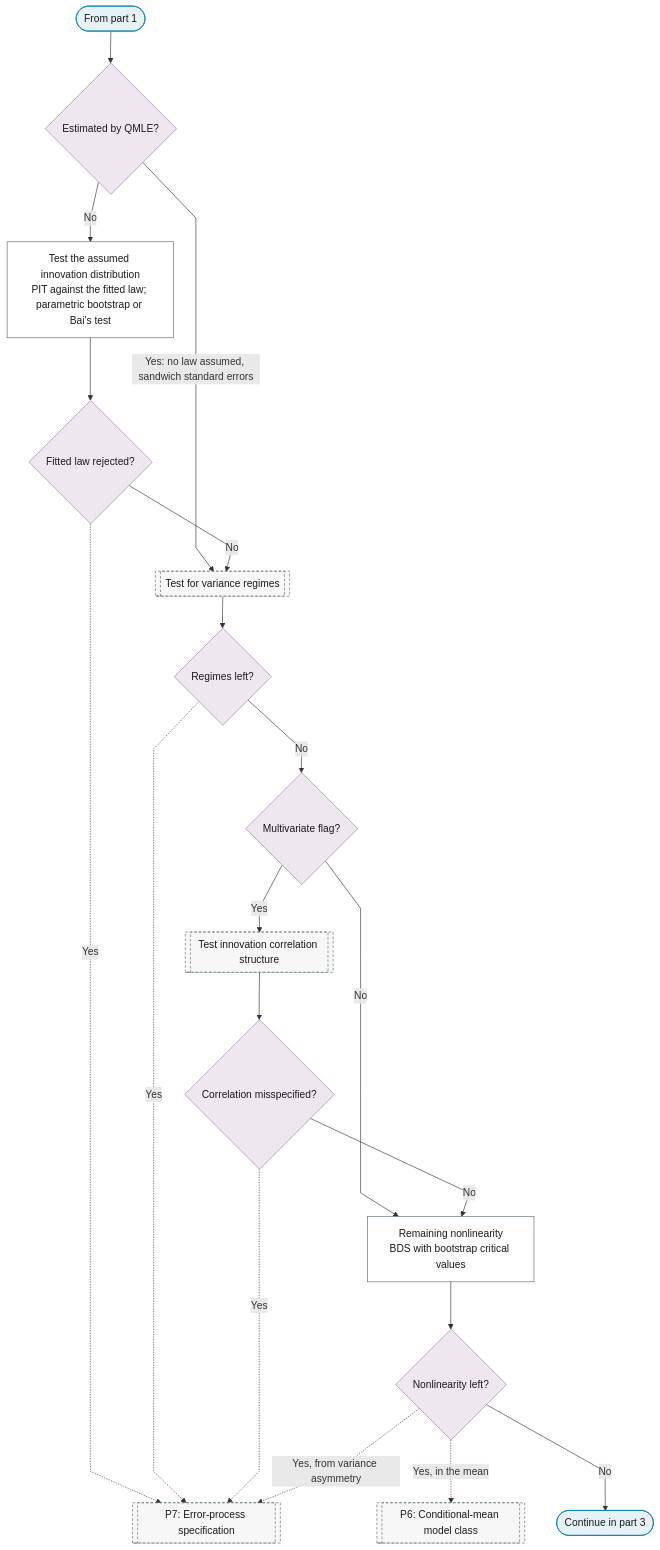
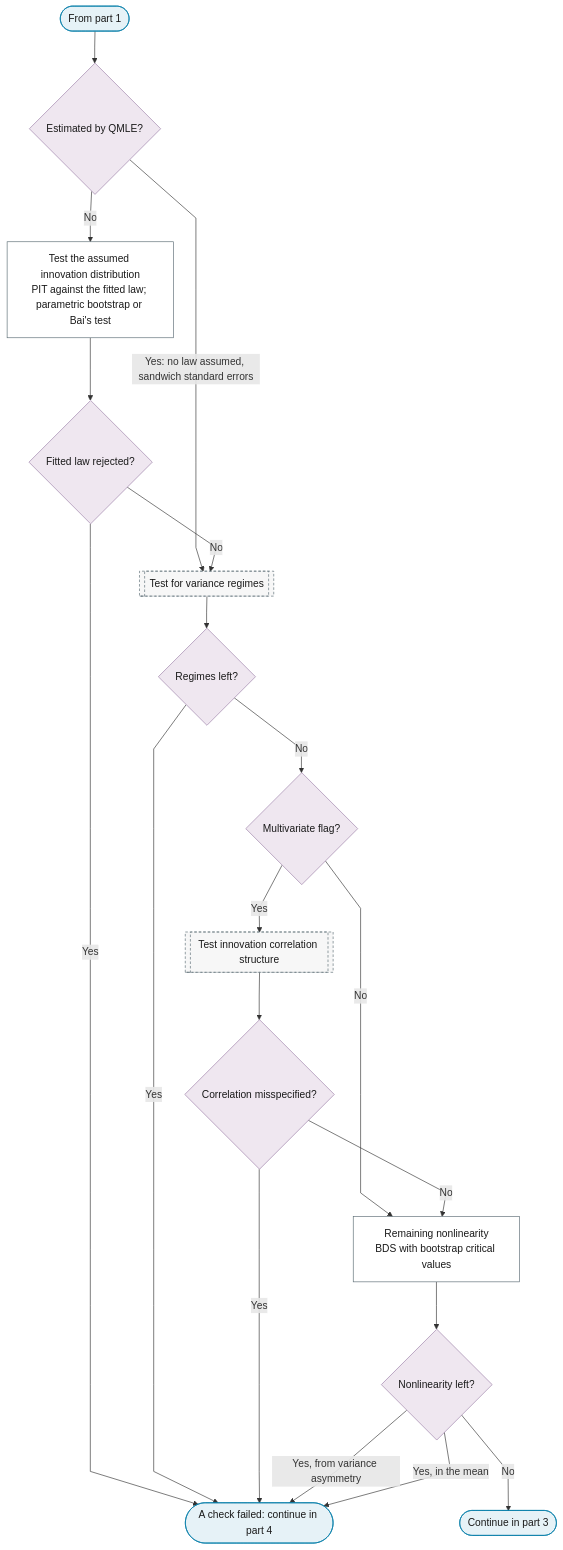
One commit to Shuxin-Y/time-series-analysis-manual changed the second of 4 diagrams in docs/01-workflow/p09-in-sample-diagnostics.md. Above: the diagram before and after it, drawn with Mermaid. The commit also changed other lines of this file and 5 other files, not shown here.

````diff
--- a/docs/01-workflow/p09-in-sample-diagnostics.md
+++ b/docs/01-workflow/p09-in-sample-diagnostics.md
@@ -52,34 +52,34 @@
 ```mermaid
 %%{init: {"flowchart": {"curve": "linear"}}}%%
 graph TD
     P9_PART_2_IN(["From part 1"]) --> P9_QMLE_Q{"Estimated by QMLE?"}
     P9_QMLE_Q -->|"Yes: no law assumed, sandwich standard errors"| P7_REGIME_TESTS
     P9_QMLE_Q -->|"No"| P9_DIST_FIT["Test the assumed innovation distribution<br/>PIT against the fitted law; parametric bootstrap or Bai's test"]
     P9_DIST_FIT --> P9_DIST{"Fitted law rejected?"}
-    P9_DIST -.->|"Yes"| P7[["P7: Error-process specification"]]
+    P9_DIST -->|"Yes"| P9_PART_2_FAIL(["A check failed: continue in part 4"])
     P9_DIST -->|"No"| P7_REGIME_TESTS[["Test for variance regimes"]]
     P7_REGIME_TESTS --> P9_REGIME{"Regimes left?"}
-    P9_REGIME -.->|"Yes"| P7
+    P9_REGIME -->|"Yes"| P9_PART_2_FAIL
     P9_REGIME -->|"No"| P9_MULTI{"Multivariate flag?"}
     P9_MULTI -->|"Yes"| P7_CORR_TESTS[["Test innovation correlation structure"]]
     P9_MULTI -->|"No"| P9_RESIDUAL_NONLINEARITY
     P7_CORR_TESTS --> P9_CORR{"Correlation misspecified?"}
-    P9_CORR -.->|"Yes"| P7
+    P9_CORR -->|"Yes"| P9_PART_2_FAIL
     P9_CORR -->|"No"| P9_RESIDUAL_NONLINEARITY["Remaining nonlinearity<br/>BDS with bootstrap critical values"]
     P9_RESIDUAL_NONLINEARITY --> P9_NONLINEAR{"Nonlinearity left?"}
-    P9_NONLINEAR -.->|"Yes, from variance asymmetry"| P7
-    P9_NONLINEAR -.->|"Yes, in the mean"| P6[["P6: Conditional-mean model class"]]
+    P9_NONLINEAR -->|"Yes, from variance asymmetry"| P9_PART_2_FAIL
+    P9_NONLINEAR -->|"Yes, in the mean"| P9_PART_2_FAIL
     P9_NONLINEAR -->|"No"| P9_TO_PART_3(["Continue in part 3"])
-    class P9_PART_2_IN,P9_TO_PART_3 terminator
+    class P9_PART_2_IN,P9_TO_PART_3,P9_PART_2_FAIL terminator
     class P9_QMLE_Q,P9_DIST,P9_REGIME,P9_MULTI,P9_CORR,P9_NONLINEAR decision
     class P9_DIST_FIT,P9_RESIDUAL_NONLINEARITY process
-    class P7,P7_REGIME_TESTS,P7_CORR_TESTS,P6 ref
+    class P7_REGIME_TESTS,P7_CORR_TESTS ref
     classDef terminator fill:#E6F2F7,stroke:#007BA7,color:#1A1A1A;
     classDef process fill:#FFFFFF,stroke:#5A6B73,color:#1A1A1A;
     classDef decision fill:#EFE7F0,stroke:#9B7FA7,color:#1A1A1A;
     classDef data fill:#FFF4E0,stroke:#C9A55E,color:#1A1A1A;
     classDef good fill:#DCEFD8,stroke:#4A7A3F,color:#1A1A1A;
     classDef escalate fill:#FFE9C2,stroke:#C9A55E,color:#1A1A1A;
     classDef problem fill:#F2D9DE,stroke:#800020,color:#1A1A1A;
     classDef ref fill:#F7F7F7,stroke:#5A6B73,color:#1A1A1A,stroke-dasharray:4 3;
 ```
````
